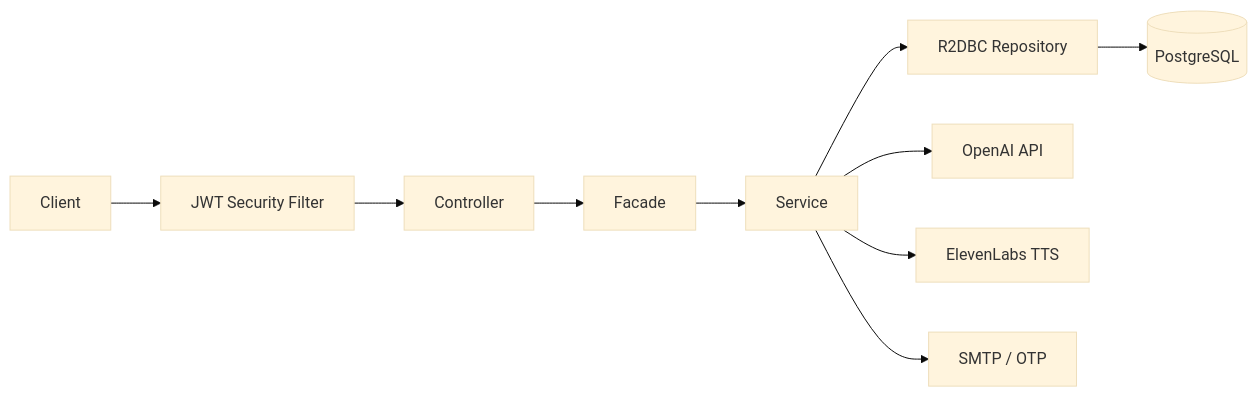
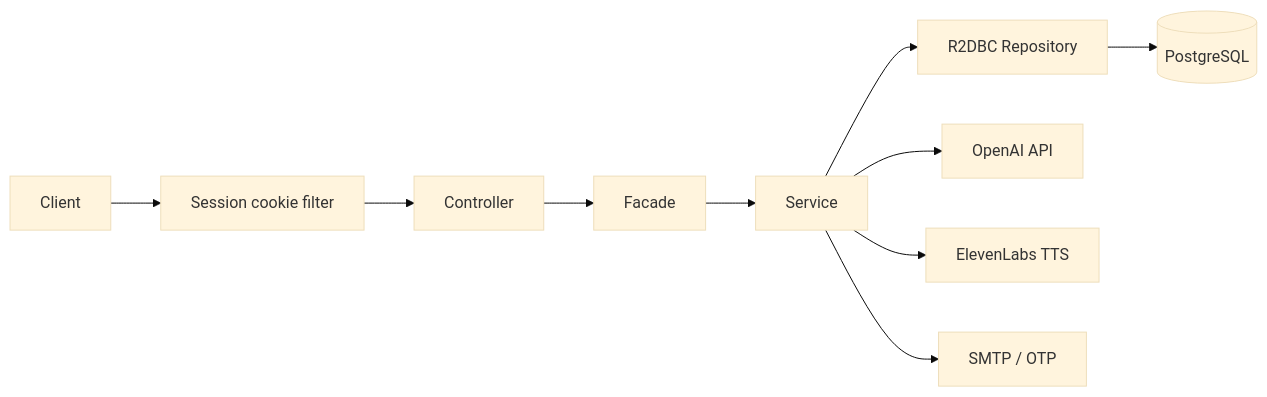
One commit to Kacper-Ksiazek/ord-api changed the diagram in README.md. Above: the diagram before and after it, drawn with Mermaid (base theme). The commit also changed other lines of this file and 78 other files, not shown here.

First line of the commit message:
Replace JWT cookies with opaque hashed session tokens.

````diff
--- a/README.md
+++ b/README.md
@@ -53,19 +53,19 @@
 ```mermaid
 flowchart LR
     Client["Client"]
-    Security["JWT Security Filter"]
+    Security["Session cookie filter"]
     Controller["Controller"]
     Facade["Facade"]
     Service["Service"]
     Repo["R2DBC Repository"]
     DB[("PostgreSQL")]
     OpenAI["OpenAI API"]
     ElevenLabs["ElevenLabs TTS"]
     SMTP["SMTP / OTP"]
 
     Client --> Security --> Controller --> Facade --> Service
     Service --> Repo --> DB
     Service --> OpenAI
     Service --> ElevenLabs
     Service --> SMTP
 ```
````
